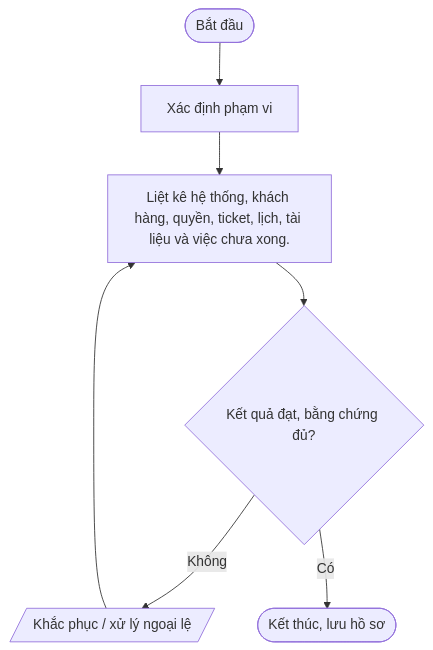
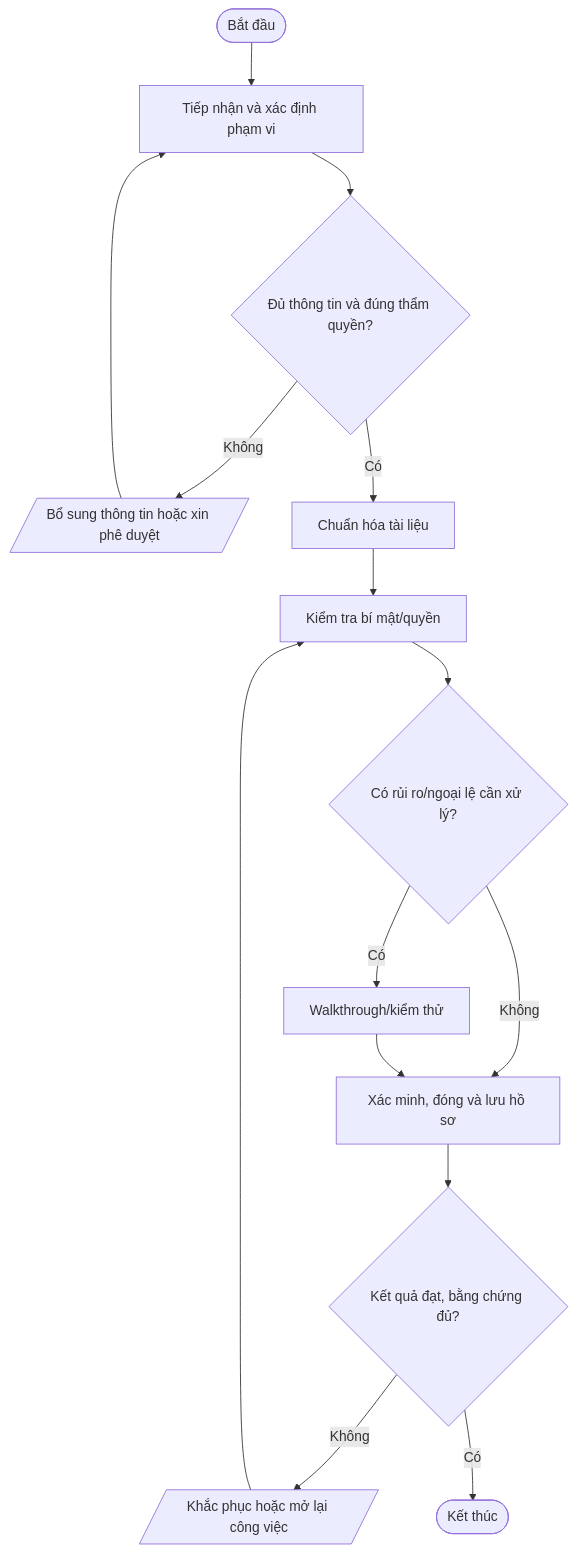
Before and after one commit to daoaigiangnam/Quy_Trinh_Chuan: the fourth of 5 diagrams in quy-trinh/05-Nhan-su/README.md, drawn with Mermaid. The commit also changed other lines of this file, not shown here.

Commit message:
docs: refine detailed procedure steps and Mermaid flowcharts

````diff
--- a/quy-trinh/05-Nhan-su/README.md
+++ b/quy-trinh/05-Nhan-su/README.md
@@ -258,11 +315,17 @@
 ```mermaid
 flowchart TD
-  A([Bắt đầu]) --> S1
-  S1["Xác định phạm vi"]
-  S2["Liệt kê hệ thống, khách hàng, quyền, ticket, lịch, tài liệu và việc chưa xong."]
-  S1 --> S2
-  S2 --> D2{"Kết quả đạt, bằng chứng đủ?"}
-  D2 -- Không --> REWORK[/"Khắc phục / xử lý ngoại lệ"/]
-  REWORK --> S2
-  D2 -- Có --> Z([Kết thúc, lưu hồ sơ])
+  A([Bắt đầu]) --> S1["Tiếp nhận và xác định phạm vi"]
+  S1 --> D1{"Đủ thông tin và đúng thẩm quyền?"}
+  D1 -- Không --> F1[/"Bổ sung thông tin hoặc xin phê duyệt"/]
+  F1 --> S1
+  D1 -- Có --> S2["Chuẩn hóa tài liệu"]
+  S2 --> S3["Kiểm tra bí mật/quyền"]
+  S3 --> D2{"Có rủi ro/ngoại lệ cần xử lý?"}
+  D2 -- Có --> S4["Walkthrough/kiểm thử"]
+  D2 -- Không --> S5["Xác minh, đóng và lưu hồ sơ"]
+  S4 --> S5
+  S5 --> D3{"Kết quả đạt, bằng chứng đủ?"}
+  D3 -- Không --> R[/"Khắc phục hoặc mở lại công việc"/]
+  R --> S3
+  D3 -- Có --> Z([Kết thúc])
 ```
````
